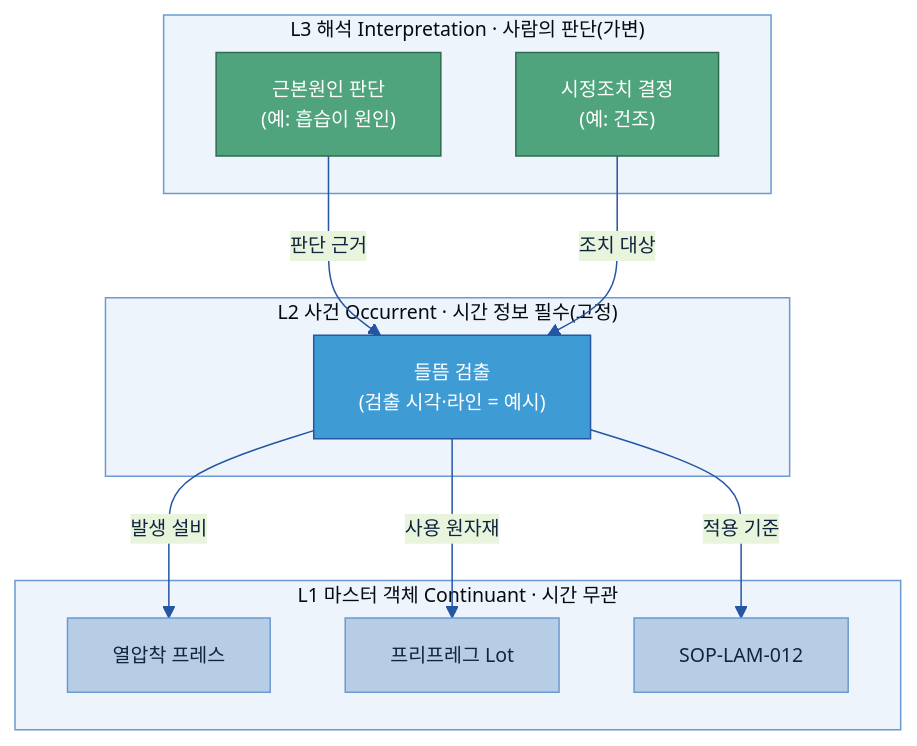
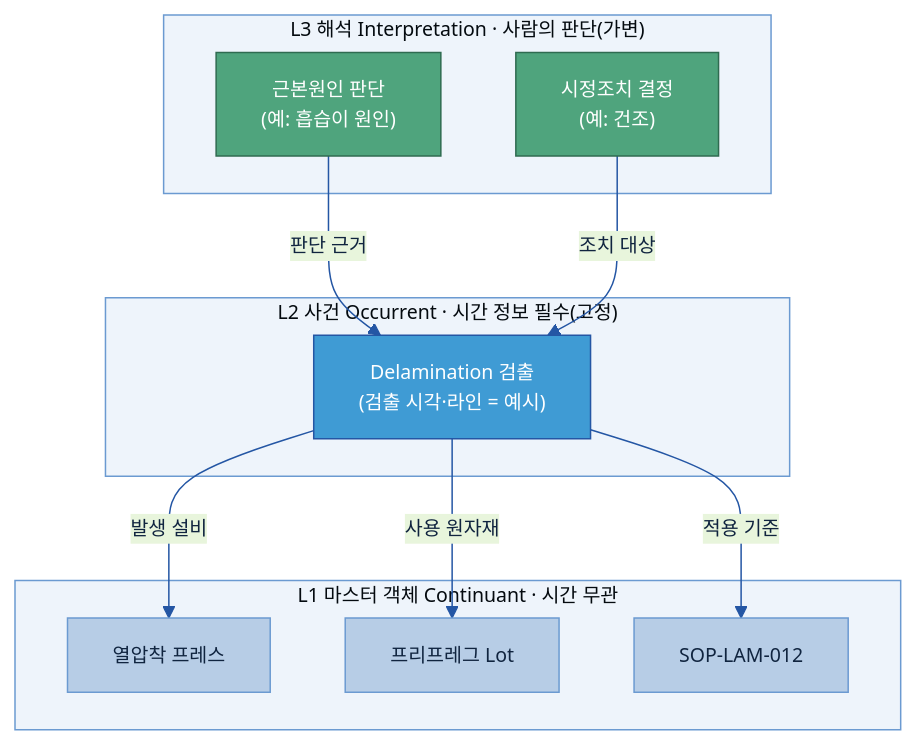
One commit to jin-kearney/ai-ready-data-manual changed the second of 8 diagrams in 가이드 작성/B-3 온톨로지/B-3 온톨로지.md. Above: the diagram before and after it, drawn with Mermaid. The commit also changed other lines of this file and 1 other file, not shown here.

First line of the commit message:
docs(B-3): 용어 표기 일괄 정리 — 영문 병기 제거 + 들뜸→Delamination

````diff
--- a/가이드 작성/B-3 온톨로지/B-3 온톨로지.md
+++ b/가이드 작성/B-3 온톨로지/B-3 온톨로지.md
@@ -224,24 +224,24 @@
 ```mermaid
 %%{init: {'theme':'base','themeVariables':{'primaryColor':'#DCE8F5','primaryBorderColor':'#2456A4','primaryTextColor':'#10243f','lineColor':'#2456A4','clusterBkg':'#EEF4FB','clusterBorder':'#6B9AD1','fontSize':'13px'}}}%%
 flowchart TB
     subgraph L3["L3 해석 Interpretation · 사람의 판단(가변)"]
         CA["근본원인 판단\n(예: 흡습이 원인)"]:::loop
         ACT["시정조치 결정\n(예: 건조)"]:::loop
     end
     subgraph L2["L2 사건 Occurrent · 시간 정보 필수(고정)"]
-        EV["들뜸 검출\n(검출 시각·라인 = 예시)"]:::gate
+        EV["Delamination 검출\n(검출 시각·라인 = 예시)"]:::gate
     end
     subgraph L1["L1 마스터 객체 Continuant · 시간 무관"]
         EQ["열압착 프레스"]:::n
         MAT["프리프레그 Lot"]:::n
         SOP["SOP-LAM-012"]:::n
     end
     CA -->|"판단 근거"| EV
     ACT -->|"조치 대상"| EV
     EV -->|"발생 설비"| EQ
     EV -->|"사용 원자재"| MAT
     EV -->|"적용 기준"| SOP
     classDef n fill:#B7CDE6,stroke:#6B9AD1,color:#10243f;
     classDef gate fill:#3F9BD4,stroke:#2456A4,color:#fff;
     classDef loop fill:#4FA47D,stroke:#2f6b50,color:#fff;
 ```
````
